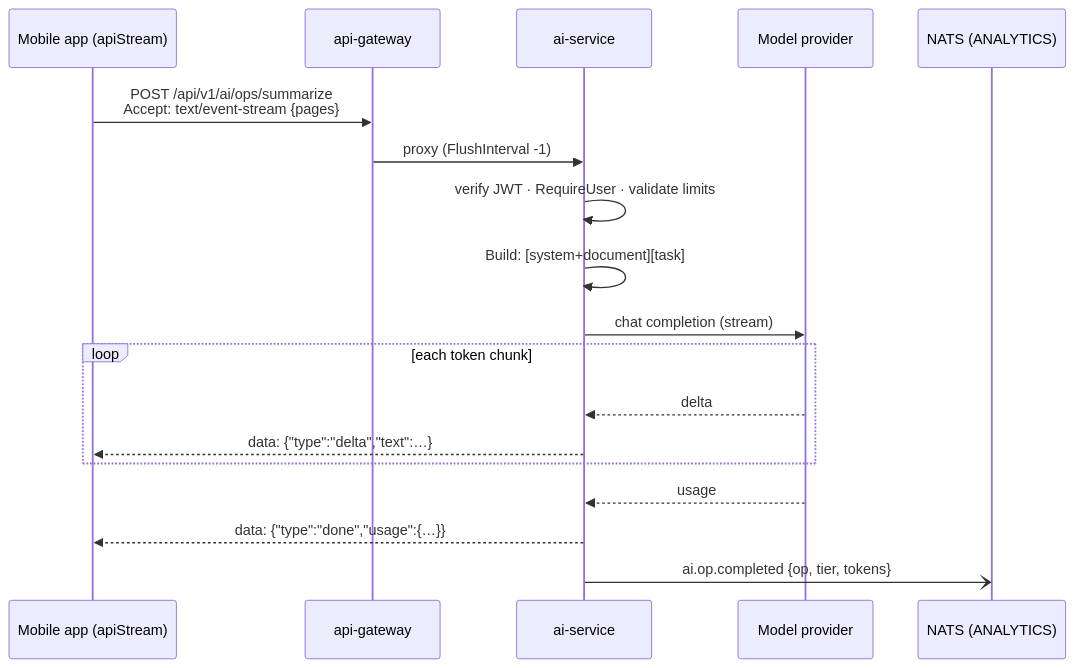
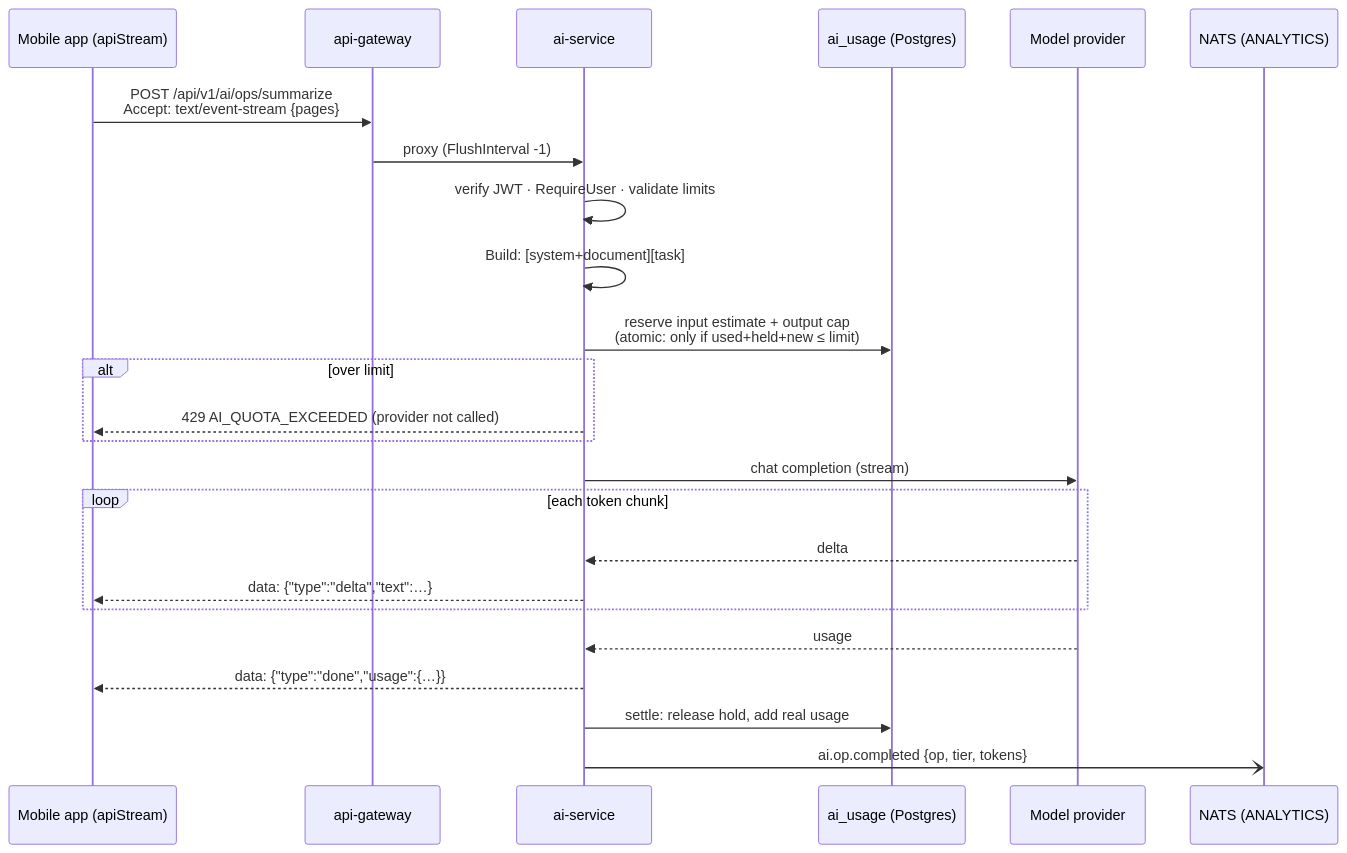
One commit to code-farms/fyredocs_backend changed the first of 3 diagrams in docs/developer/mermaid/service-ai-service-sequence.md. Above: the diagram before and after it, drawn with Mermaid. The commit also changed 35 other files, not shown here.

First line of the commit message:
feat(ai-service): OpenAI-compatible provider client and token quota

````diff
--- a/docs/developer/mermaid/service-ai-service-sequence.md
+++ b/docs/developer/mermaid/service-ai-service-sequence.md
@@ -7,21 +7,27 @@
 ```mermaid
 sequenceDiagram
     participant App as Mobile app (apiStream)
     participant GW as api-gateway
     participant AI as ai-service
+    participant Q as ai_usage (Postgres)
     participant P as Model provider
     participant N as NATS (ANALYTICS)
 
     App->>GW: POST /api/v1/ai/ops/summarize<br/>Accept: text/event-stream {pages}
     GW->>AI: proxy (FlushInterval -1)
     AI->>AI: verify JWT · RequireUser · validate limits
     AI->>AI: Build: [system+document][task]
+    AI->>Q: reserve input estimate + output cap<br/>(atomic: only if used+held+new ≤ limit)
+    alt over limit
+        AI-->>App: 429 AI_QUOTA_EXCEEDED (provider not called)
+    end
     AI->>P: chat completion (stream)
     loop each token chunk
         P-->>AI: delta
         AI-->>App: data: {"type":"delta","text":…}
     end
     P-->>AI: usage
     AI-->>App: data: {"type":"done","usage":{…}}
+    AI->>Q: settle: release hold, add real usage
     AI-)N: ai.op.completed {op, tier, tokens}
 ```
````
